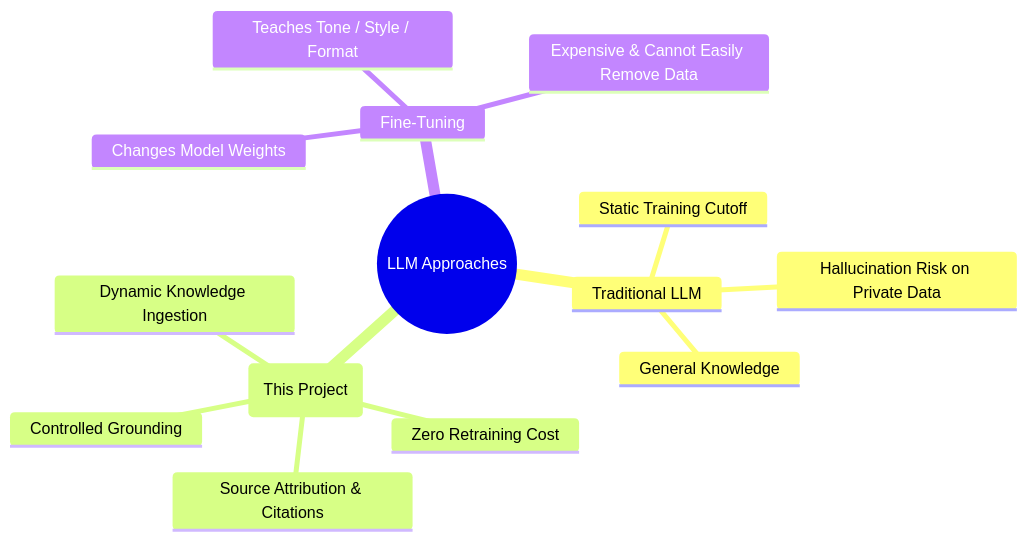
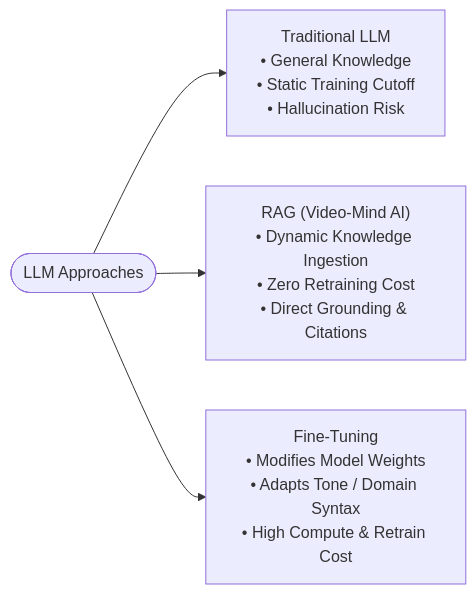
Before and after one commit to rohithgowda18/Notes: the third of 3 diagrams in 09-Projects/YT_ChatBot - RAG Video-Mind AI Revision.md, drawn with Mermaid. The commit also changed 15 other files, not shown here.

Commit message:
docs: audit Mermaid diagrams, optimize side-by-side layouts, and deduplicate DBMS advanced notes

````diff
--- a/09-Projects/YT_ChatBot - RAG Video-Mind AI Revision.md
+++ b/09-Projects/YT_ChatBot - RAG Video-Mind AI Revision.md
@@ -147,17 +147,8 @@
 ```mermaid
-mindmap
-  root((LLM Approaches))
-    Traditional LLM
-      General Knowledge
-      Static Training Cutoff
-      Hallucination Risk on Private Data
-    RAG (This Project)
-      Dynamic Knowledge Ingestion
-      Zero Retraining Cost
-      Source Attribution & Citations
-      Controlled Grounding
-    Fine-Tuning
-      Changes Model Weights
-      Teaches Tone / Style / Format
-      Expensive & Cannot Easily Remove Data
+flowchart LR
+    Root(["LLM Approaches"])
+
+    Root --> Traditional["Traditional LLM<br/>• General Knowledge<br/>• Static Training Cutoff<br/>• Hallucination Risk"]
+    Root --> RAG["RAG (Video-Mind AI)<br/>• Dynamic Knowledge Ingestion<br/>• Zero Retraining Cost<br/>• Direct Grounding & Citations"]
+    Root --> FineTuning["Fine-Tuning<br/>• Modifies Model Weights<br/>• Adapts Tone / Domain Syntax<br/>• High Compute & Retrain Cost"]
 ```
````
